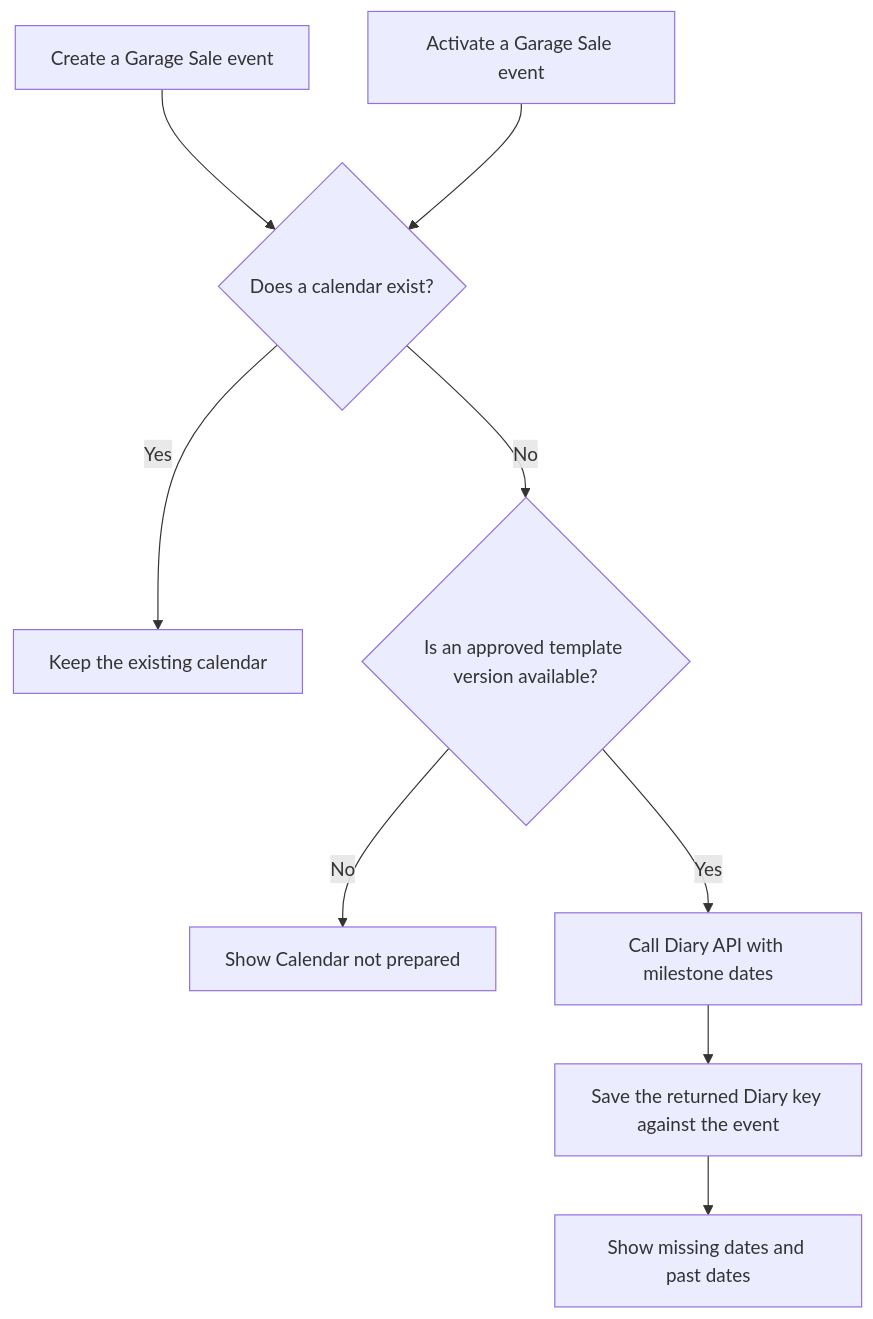
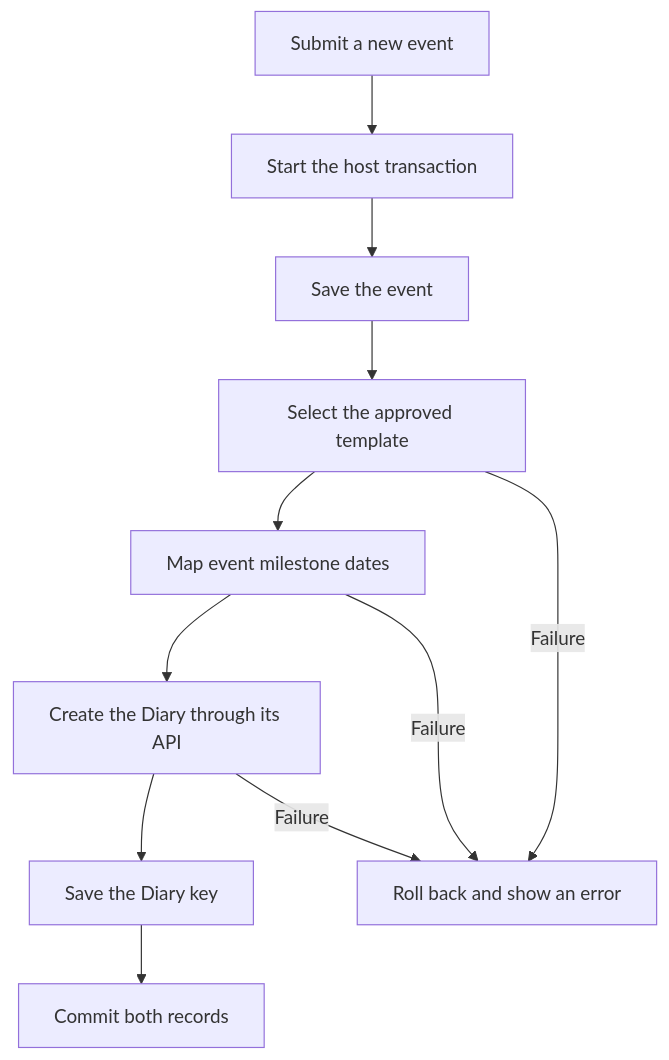
One commit to TonyFlury/GarageSale changed the diagram in GarageSale/DIARY_INTEGRATION.md. Above: the diagram before and after it, drawn with Mermaid. The commit also changed other lines of this file and 24 other files, not shown here.

Commit message:
Integrate event creation and team-framed Diary with clean selection URLs

````diff
--- a/GarageSale/DIARY_INTEGRATION.md
+++ b/GarageSale/DIARY_INTEGRATION.md
@@ -135,11 +163,13 @@
 ```mermaid
 flowchart TD
-    A[Create a Garage Sale event] --> B{Does a calendar exist?}
-    H[Activate a Garage Sale event] --> B
-    B -->|Yes| C[Keep the existing calendar]
-    B -->|No| D{Is an approved template version available?}
-    D -->|No| E[Show Calendar not prepared]
-    D -->|Yes| F[Call Diary API with milestone dates]
-    F --> G[Save the returned Diary key against the event]
-    G --> I[Show missing dates and past dates]
+    A[Submit a new event] --> B[Start the host transaction]
+    B --> C[Save the event]
+    C --> D[Select the approved template]
+    D --> E[Map event milestone dates]
+    E --> F[Create the Diary through its API]
+    F --> G[Save the Diary key]
+    G --> H[Commit both records]
+    D -->|Failure| I[Roll back and show an error]
+    E -->|Failure| I
+    F -->|Failure| I
 ```
````
